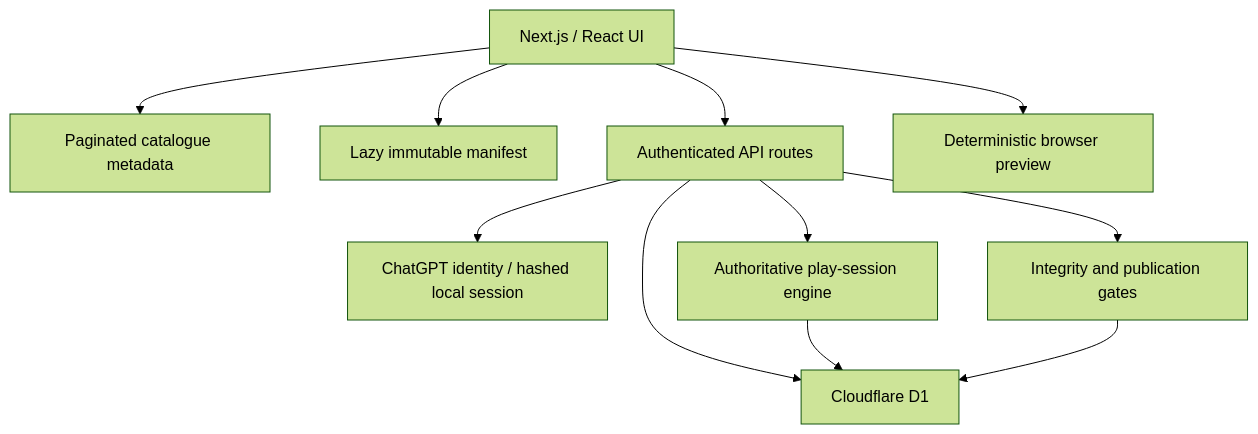
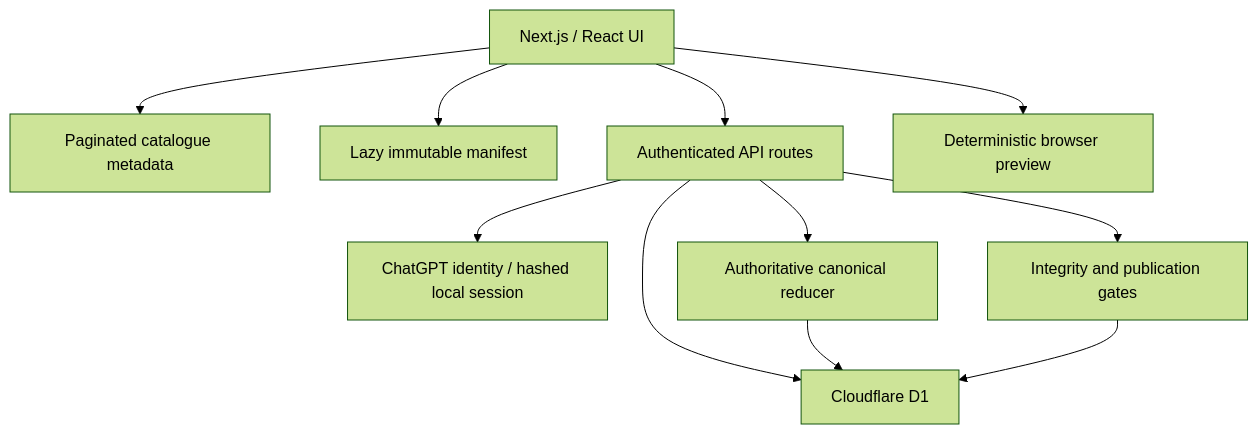
One commit to GenesisSocietyEngine/Genesis-AI-Juris changed the diagram in README.md. Above: the diagram before and after it, drawn with Mermaid (forest theme). The commit also changed other lines of this file and 21 other files, not shown here.

````diff
--- a/README.md
+++ b/README.md
@@ -21,13 +21,13 @@
 ```mermaid
 flowchart TD
     UI["Next.js / React UI"] --> META["Paginated catalogue metadata"]
     UI --> MANIFEST["Lazy immutable manifest"]
     UI --> API["Authenticated API routes"]
     API --> AUTH["ChatGPT identity / hashed local session"]
     API --> D1["Cloudflare D1"]
     UI --> PREVIEW["Deterministic browser preview"]
-    API --> SESSION["Authoritative play-session engine"]
+    API --> SESSION["Authoritative canonical reducer"]
     SESSION --> D1
     API --> GATES["Integrity and publication gates"]
     GATES --> D1
 ```
````
